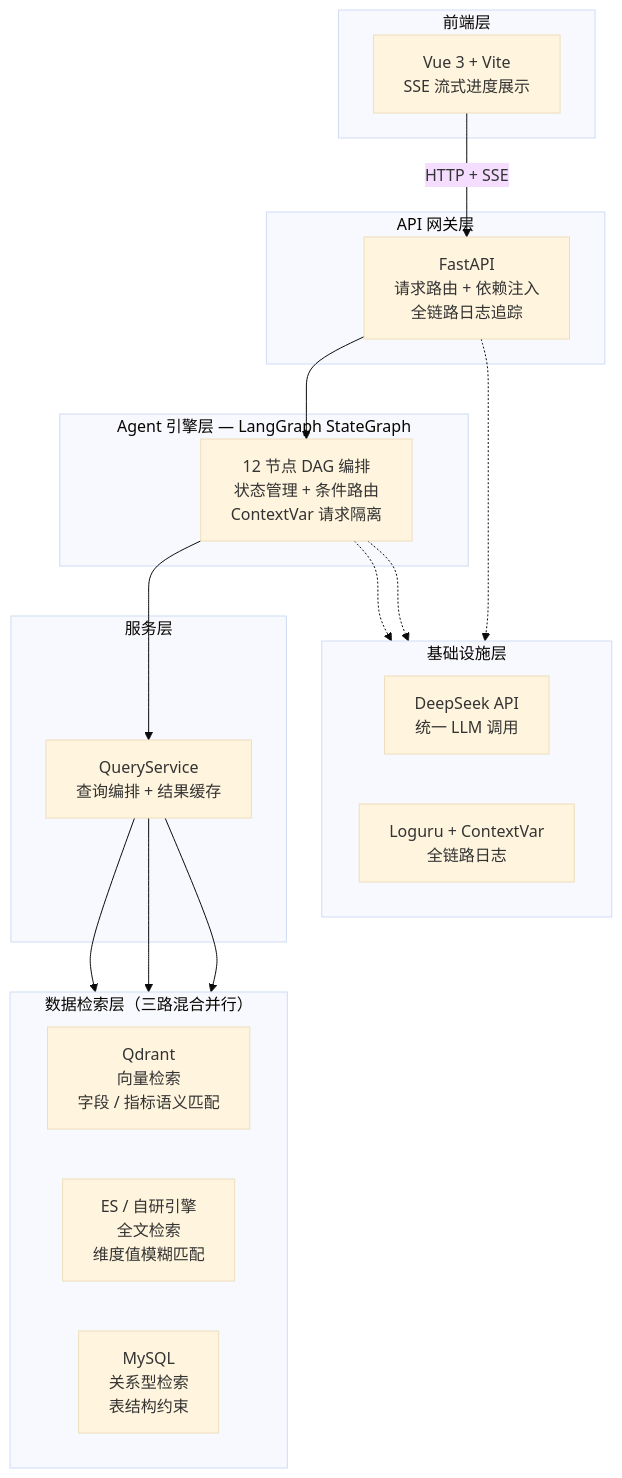
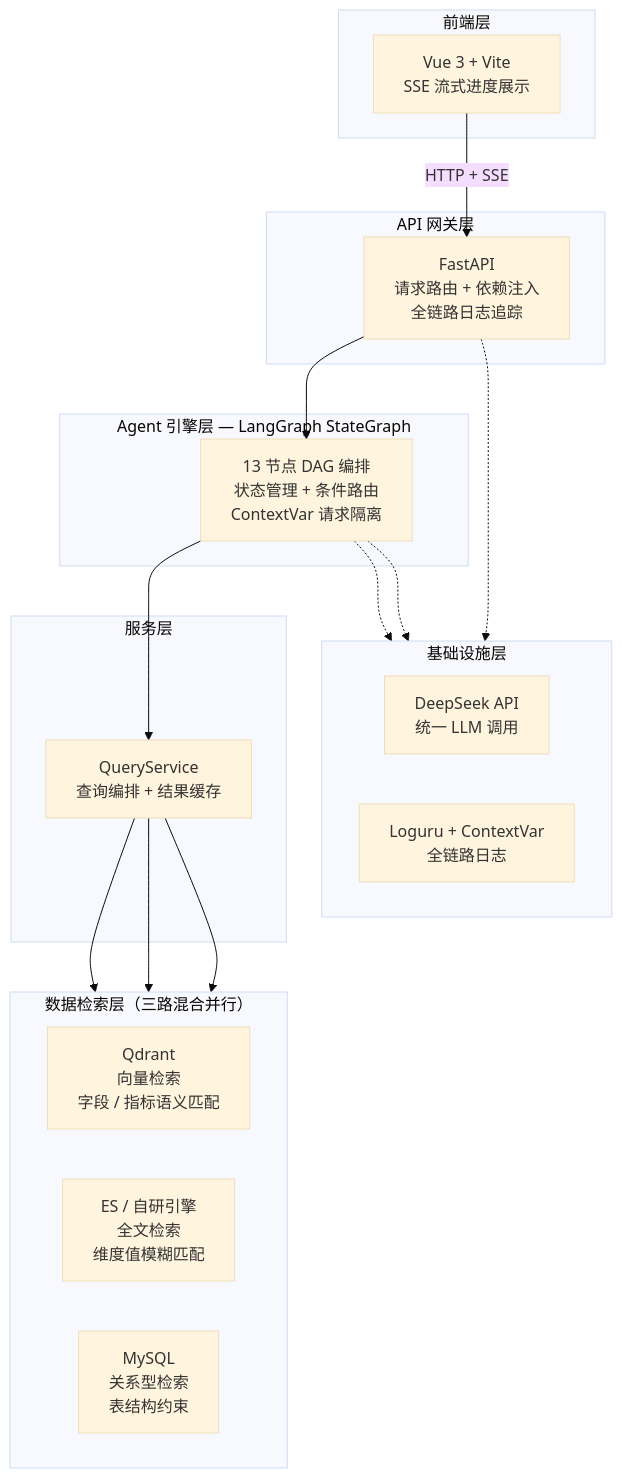
One commit to yj9407/RAG-ZhiDaFangZhou changed the second of 2 diagrams in README.md. Above: the diagram before and after it, drawn with Mermaid (base theme). The commit also changed other lines of this file, not shown here.

````diff
--- a/README.md
+++ b/README.md
@@ -65,41 +65,41 @@
 ```mermaid
 graph TB
     subgraph 前端层
         FE["Vue 3 + Vite<br/>SSE 流式进度展示"]
     end
 
     subgraph API 网关层
         GW["FastAPI<br/>请求路由 + 依赖注入<br/>全链路日志追踪"]
     end
 
     subgraph Agent 引擎层 ["Agent 引擎层 — LangGraph StateGraph"]
-        AG["12 节点 DAG 编排<br/>状态管理 + 条件路由<br/>ContextVar 请求隔离"]
+        AG["13 节点 DAG 编排<br/>状态管理 + 条件路由<br/>ContextVar 请求隔离"]
     end
 
     subgraph 服务层
         SV["QueryService<br/>查询编排 + 结果缓存"]
     end
 
     subgraph 数据检索层 ["数据检索层（三路混合并行）"]
         direction LR
         QD["Qdrant<br/>向量检索<br/>字段 / 指标语义匹配"]
         ES["ES / 自研引擎<br/>全文检索<br/>维度值模糊匹配"]
         MY["MySQL<br/>关系型检索<br/>表结构约束"]
     end
 
     subgraph 基础设施层
         direction LR
         LLM["DeepSeek API<br/>统一 LLM 调用"]
         LOG["Loguru + ContextVar<br/>全链路日志"]
     end
 
     FE -->|"HTTP + SSE"| GW
     GW --> AG
     AG --> SV
     SV --> QD
     SV --> ES
     SV --> MY
     AG -.-> LLM
     GW -.-> LOG
     AG -.-> LOG
 ```
````
